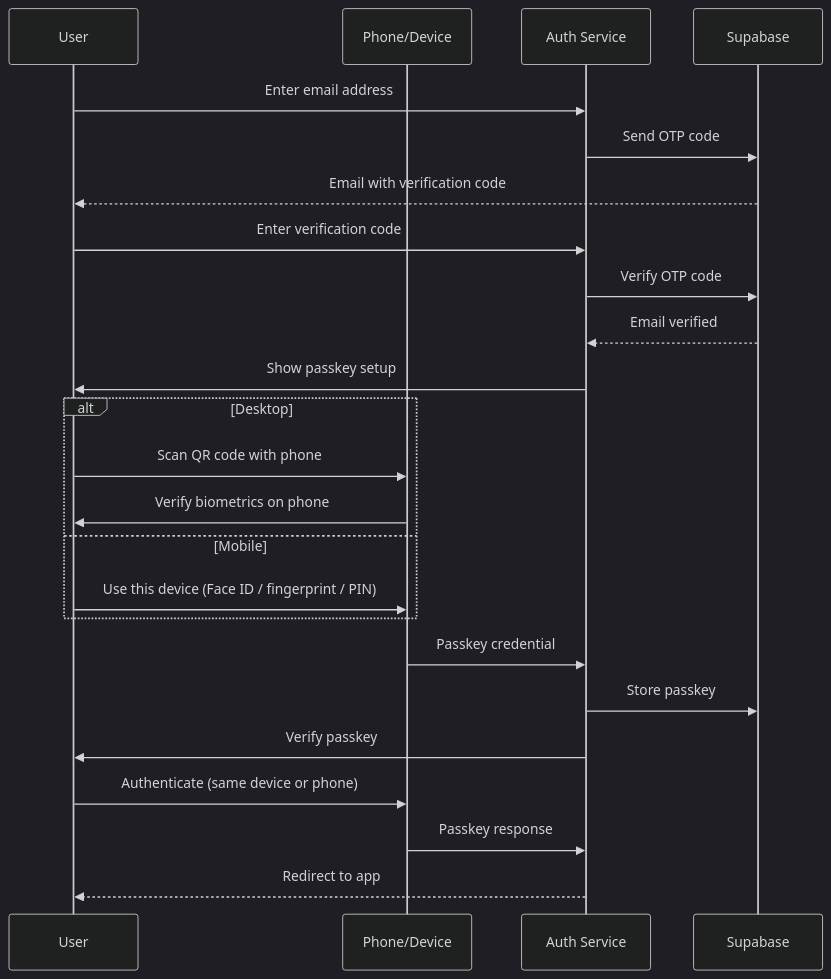
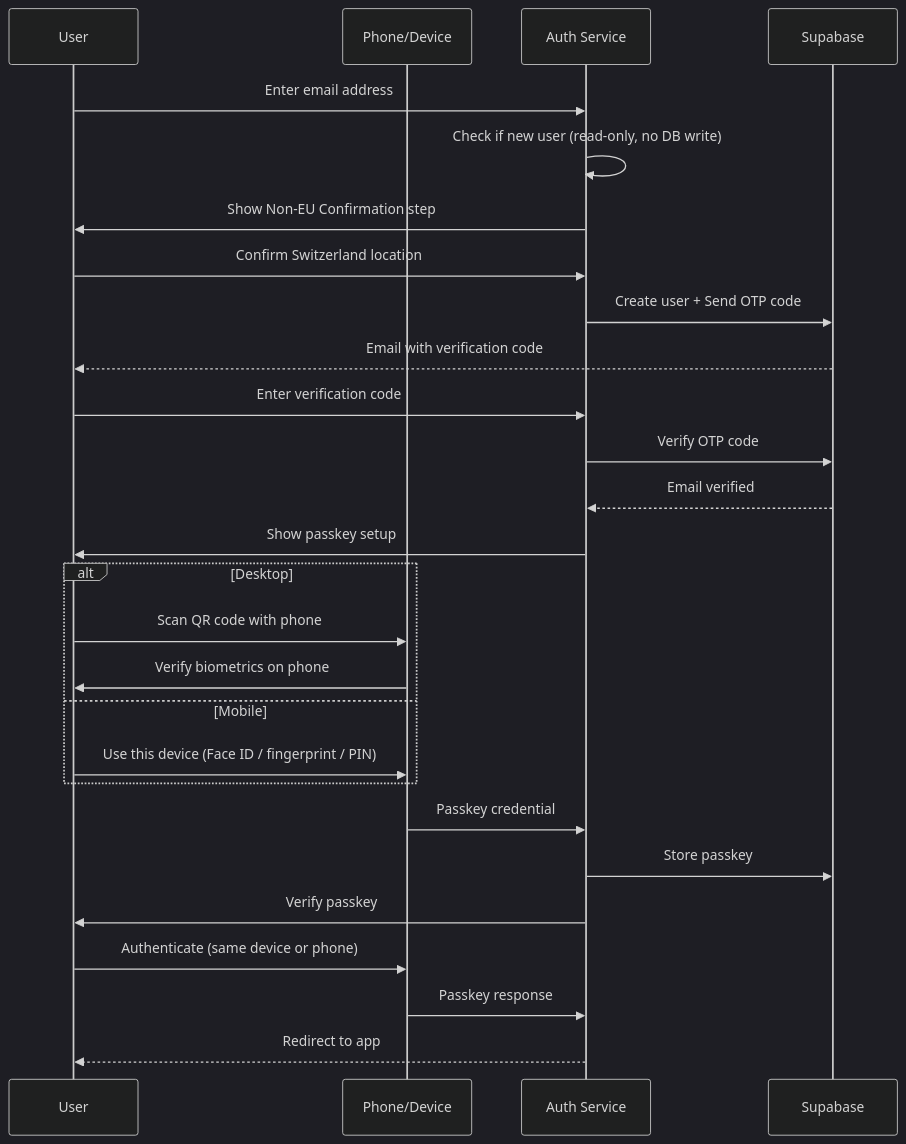
One commit to CasparRubin/helvety changed the first of 2 diagrams in README.md. Above: the diagram before and after it, drawn with Mermaid (dark theme). The commit also changed other lines of this file and 11 other files, not shown here.

First line of the commit message:
chore: add geo-confirmation step to auth flow, replace geo-restriction dialog with ScrollArea layout

````diff
--- a/README.md
+++ b/README.md
@@ -42,27 +42,30 @@
 ```mermaid
 sequenceDiagram
     participant U as User
     participant P as Phone/Device
     participant A as Auth Service
     participant S as Supabase
 
     U->>A: Enter email address
-    A->>S: Send OTP code
+    A->>A: Check if new user (read-only, no DB write)
+    A->>U: Show Non-EU Confirmation step
+    U->>A: Confirm Switzerland location
+    A->>S: Create user + Send OTP code
     S-->>U: Email with verification code
     U->>A: Enter verification code
     A->>S: Verify OTP code
     S-->>A: Email verified
     A->>U: Show passkey setup
     alt Desktop
       U->>P: Scan QR code with phone
       P->>U: Verify biometrics on phone
     else Mobile
       U->>P: Use this device (Face ID / fingerprint / PIN)
     end
     P->>A: Passkey credential
     A->>S: Store passkey
     A->>U: Verify passkey
     U->>P: Authenticate (same device or phone)
     P->>A: Passkey response
     A-->>U: Redirect to app
 ```
````
